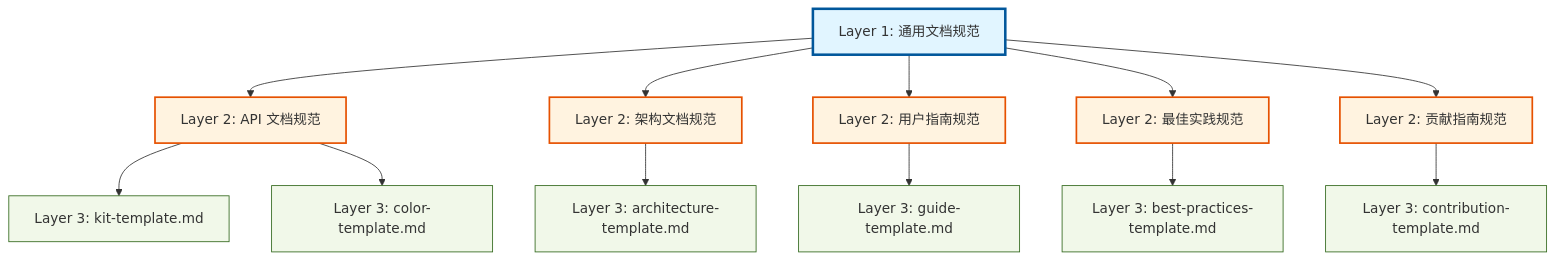
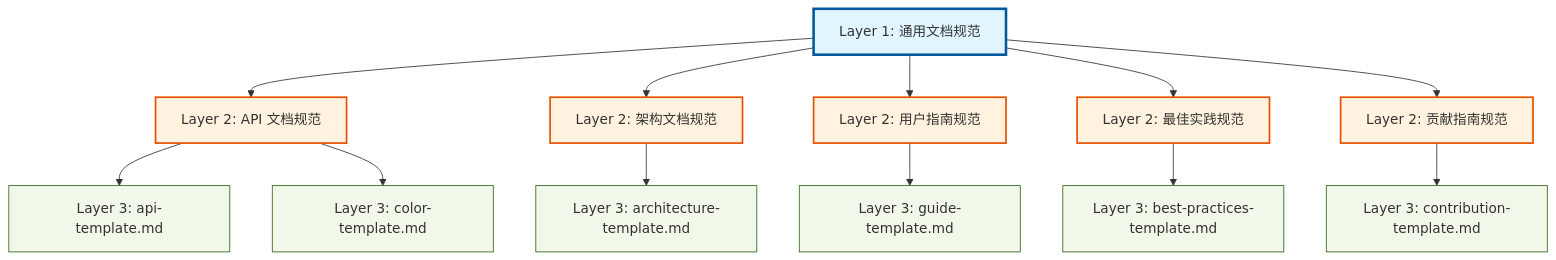
The first of 2 diagrams in docs/contributing/documentation/architecture.md (esdora-js/esdora), drawn with Mermaid before and after one commit. The commit also changed other lines of this file and 27 other files, not shown here.

````diff
--- a/docs/contributing/documentation/architecture.md
+++ b/docs/contributing/documentation/architecture.md
@@ -20,43 +20,43 @@
 ```mermaid
 graph TD
     L1[Layer 1: 通用文档规范]
 
     L2_API[Layer 2: API 文档规范]
     L2_ARCH[Layer 2: 架构文档规范]
     L2_GUIDE[Layer 2: 用户指南规范]
     L2_PRACTICE[Layer 2: 最佳实践规范]
     L2_CONTRIB[Layer 2: 贡献指南规范]
 
-    L3_API_KIT[Layer 3: kit-template.md]
+    L3_API_KIT[Layer 3: api-template.md]
     L3_API_COLOR[Layer 3: color-template.md]
     L3_ARCH[Layer 3: architecture-template.md]
     L3_GUIDE[Layer 3: guide-template.md]
     L3_PRACTICE[Layer 3: best-practices-template.md]
     L3_CONTRIB[Layer 3: contribution-template.md]
 
     L1 --> L2_API
     L1 --> L2_ARCH
     L1 --> L2_GUIDE
     L1 --> L2_PRACTICE
     L1 --> L2_CONTRIB
 
     L2_API --> L3_API_KIT
     L2_API --> L3_API_COLOR
     L2_ARCH --> L3_ARCH
     L2_GUIDE --> L3_GUIDE
     L2_PRACTICE --> L3_PRACTICE
     L2_CONTRIB --> L3_CONTRIB
 
     style L1 fill:#e1f5ff,stroke:#01579b,stroke-width:3px
     style L2_API fill:#fff3e0,stroke:#e65100,stroke-width:2px
     style L2_ARCH fill:#fff3e0,stroke:#e65100,stroke-width:2px
     style L2_GUIDE fill:#fff3e0,stroke:#e65100,stroke-width:2px
     style L2_PRACTICE fill:#fff3e0,stroke:#e65100,stroke-width:2px
     style L2_CONTRIB fill:#fff3e0,stroke:#e65100,stroke-width:2px
     style L3_API_KIT fill:#f1f8e9,stroke:#33691e,stroke-width:1px
     style L3_API_COLOR fill:#f1f8e9,stroke:#33691e,stroke-width:1px
     style L3_ARCH fill:#f1f8e9,stroke:#33691e,stroke-width:1px
     style L3_GUIDE fill:#f1f8e9,stroke:#33691e,stroke-width:1px
     style L3_PRACTICE fill:#f1f8e9,stroke:#33691e,stroke-width:1px
     style L3_CONTRIB fill:#f1f8e9,stroke:#33691e,stroke-width:1px
 ```
````
